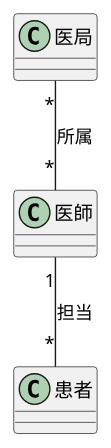
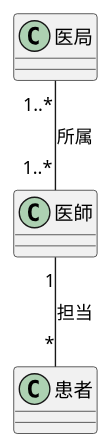
Before and after one commit to itouayumu/uml-introduction-: the diagram in 演習3-2_CL_医師と患者と医局と診療記録.pu, drawn with PlantUML. The commit also changed 6 other files, not shown here.

```diff
--- a/演習3-2_CL_医師と患者と医局と診療記録.pu
+++ b/演習3-2_CL_医師と患者と医局と診療記録.pu
@@ -1,9 +1,9 @@
 @startuml
 
 class 医師{}
 class 医局{}
 class 患者{}
-医局 "*" --"*"医師 :所属
+医局 "1..*" --"1..*"医師 :所属
 医師 "1"--"*"患者 :担当
 
 @enduml
```
